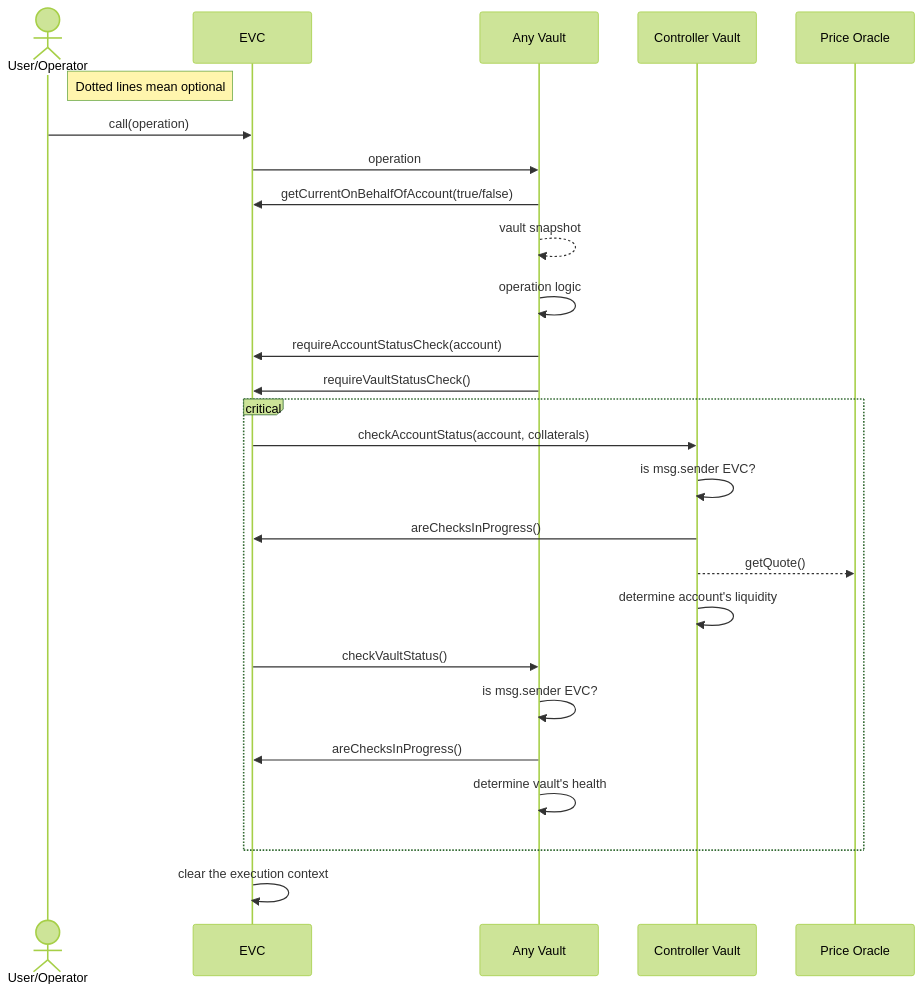
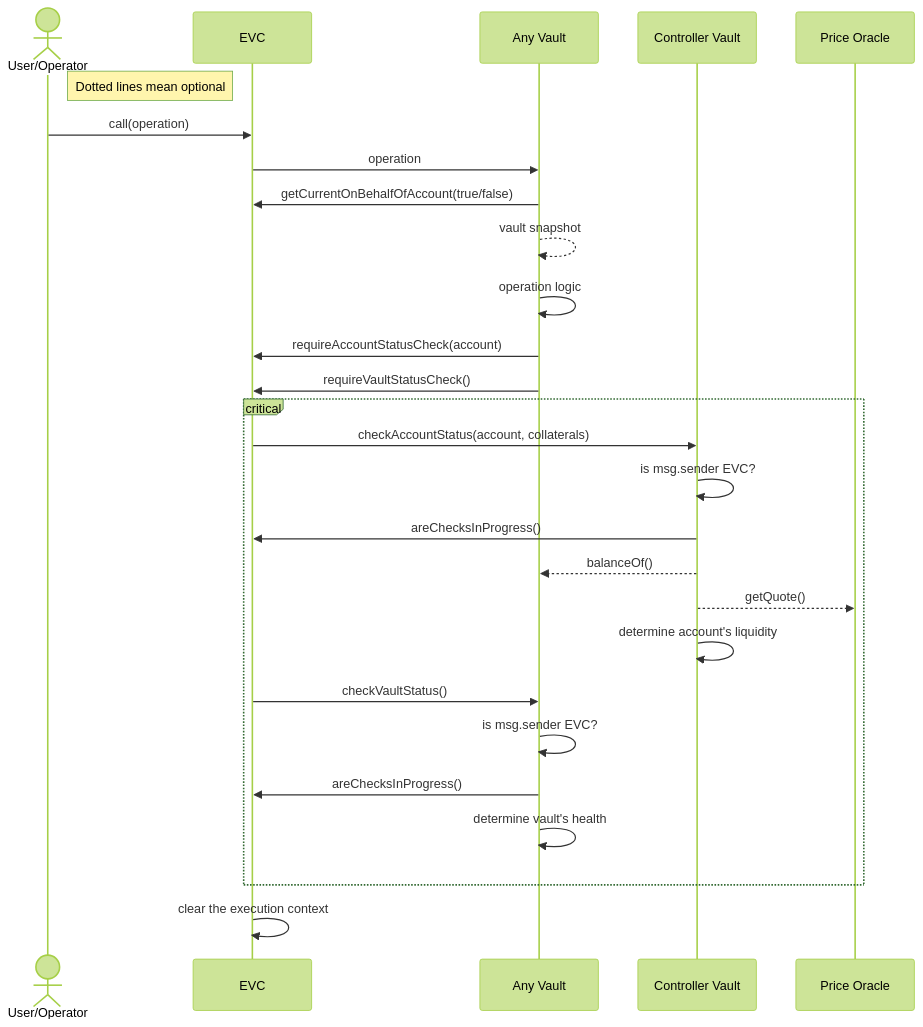
One commit to seinj0312/ethereum-vault-connector changed the diagram in docs/diagrams/EVC Call Vault Interaction Sequence.md. Above: the diagram before and after it, drawn with Mermaid (forest theme). The commit also changed 5 other files, not shown here.

````diff
--- a/docs/diagrams/EVC Call Vault Interaction Sequence.md
+++ b/docs/diagrams/EVC Call Vault Interaction Sequence.md
@@ -1,32 +1,33 @@
 ```mermaid
 sequenceDiagram
     actor User/Operator
     Note right of User/Operator: Dotted lines mean optional
     participant EVC
     participant Any Vault
     participant Controller Vault
     participant Price Oracle
 
     User/Operator->>EVC: call(operation)
     EVC->>Any Vault: operation
     Any Vault->>EVC: getCurrentOnBehalfOfAccount(true/false)
     Any Vault-->>Any Vault: vault snapshot
     Any Vault->>Any Vault: operation logic
     Any Vault->>EVC: requireAccountStatusCheck(account)
     Any Vault->>EVC: requireVaultStatusCheck()
 
     critical
         EVC->>Controller Vault: checkAccountStatus(account, collaterals)
         Controller Vault->>Controller Vault: is msg.sender EVC?
         Controller Vault->>EVC: areChecksInProgress()
+        Controller Vault-->>Any Vault: balanceOf()
         Controller Vault-->>Price Oracle: getQuote()
         Controller Vault->>Controller Vault: determine account's liquidity
 
         EVC->>Any Vault: checkVaultStatus()
         Any Vault->>Any Vault: is msg.sender EVC?
         Any Vault->>EVC: areChecksInProgress()
         Any Vault->>Any Vault: determine vault's health
     end
 
     EVC->>EVC: clear the execution context
 ```
````
